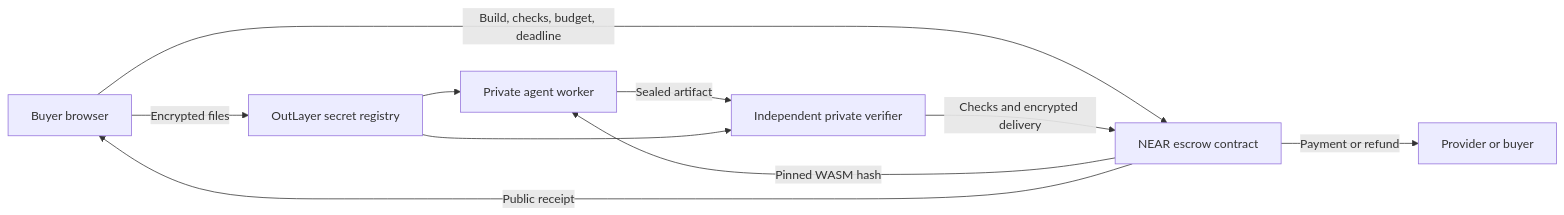
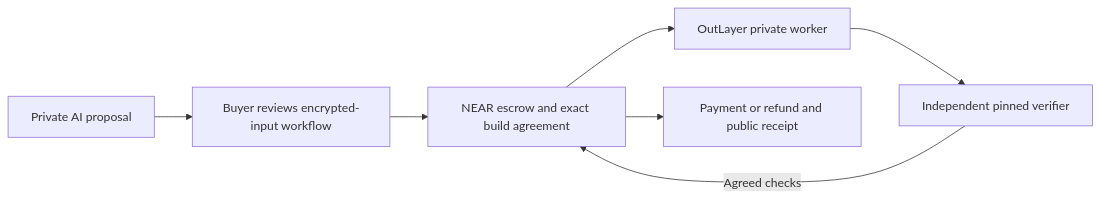
The diagram in README.md (ckay7000/sealwork), drawn with Mermaid before and after one commit. The commit also changed other lines of this file and 43 other files, not shown here.

````diff
--- a/README.md
+++ b/README.md
@@ -57,12 +44,9 @@
 ```mermaid
 flowchart LR
-  B[Buyer browser] -->|Encrypted files| S[OutLayer secret registry]
-  B -->|Build, checks, budget, deadline| M[NEAR escrow contract]
-  M -->|Pinned WASM hash| A[Private agent worker]
-  S --> A
-  A -->|Sealed artifact| V[Independent private verifier]
-  S --> V
-  V -->|Checks and encrypted delivery| M
-  M -->|Payment or refund| P[Provider or buyer]
-  M -->|Public receipt| B
+  B[Buyer reviews encrypted-input workflow] --> M[NEAR escrow and exact build agreement]
+  P[Private AI proposal] --> B
+  M --> A[OutLayer private worker]
+  A --> V[Independent pinned verifier]
+  V -->|Agreed checks| M
+  M --> R[Payment or refund and public receipt]
 ```
````
